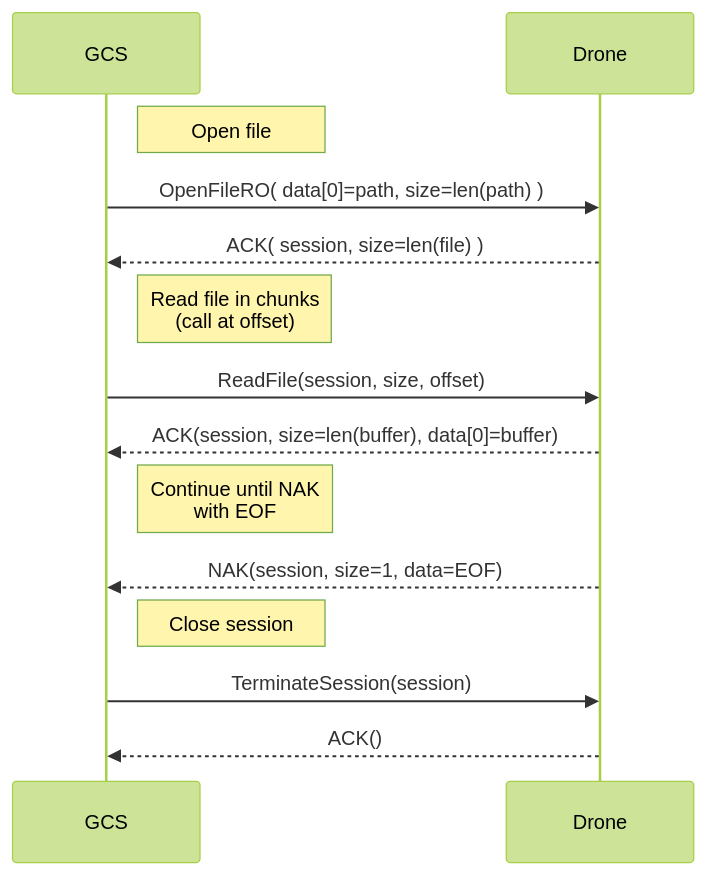
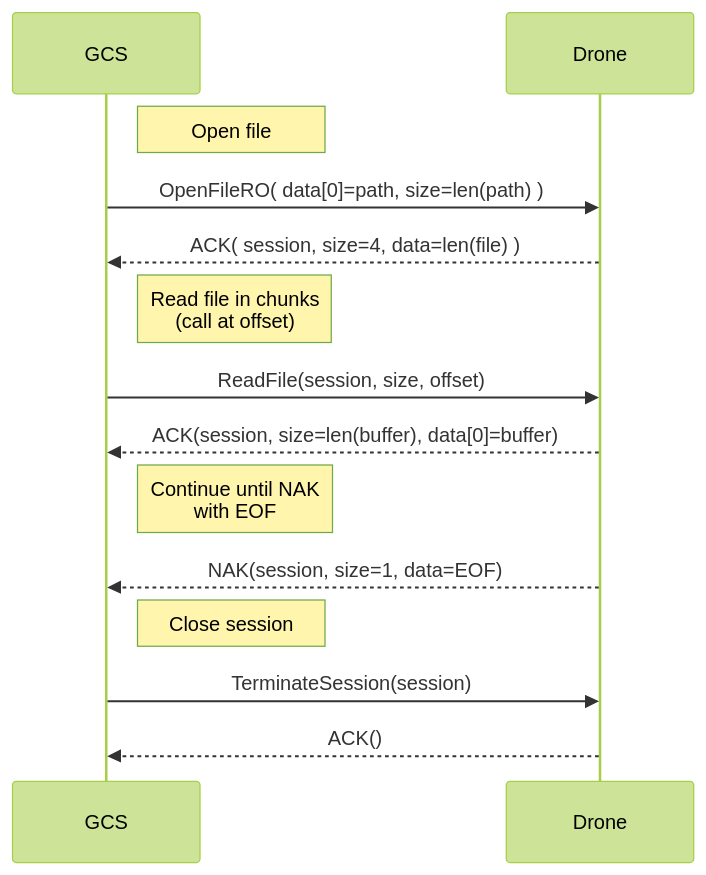
The first of 7 diagrams in en/services/ftp.md (mavlink/mavlink-devguide), drawn with Mermaid (forest theme) before and after one commit. The commit also changed other lines of this file, not shown here.

Commit message:
FTP: Clarify OpenFileRO size/data fields

```diff
--- a/en/services/ftp.md
+++ b/en/services/ftp.md
@@ -145,16 +145,16 @@
 {% mermaid %}
 sequenceDiagram;
     participant GCS
     participant Drone
     Note right of GCS: Open file
     GCS->>Drone:  OpenFileRO( data[0]=path, size=len(path) )
-    Drone-->>GCS: ACK( session, size=len(file) )
+    Drone-->>GCS: ACK( session, size=4, data=len(file) )
     Note right of GCS: Read file in chunks<br>(call at offset)
     GCS->>Drone:  ReadFile(session, size, offset)
     Drone-->>GCS: ACK(session, size=len(buffer), data[0]=buffer)
     Note right of GCS: Continue until NAK<br> with EOF
     Drone-->>GCS: NAK(session, size=1, data=EOF)
     Note right of GCS: Close session
     GCS->>Drone:  TerminateSession(session)
     Drone-->>GCS: ACK()
 {% endmermaid %}
```
